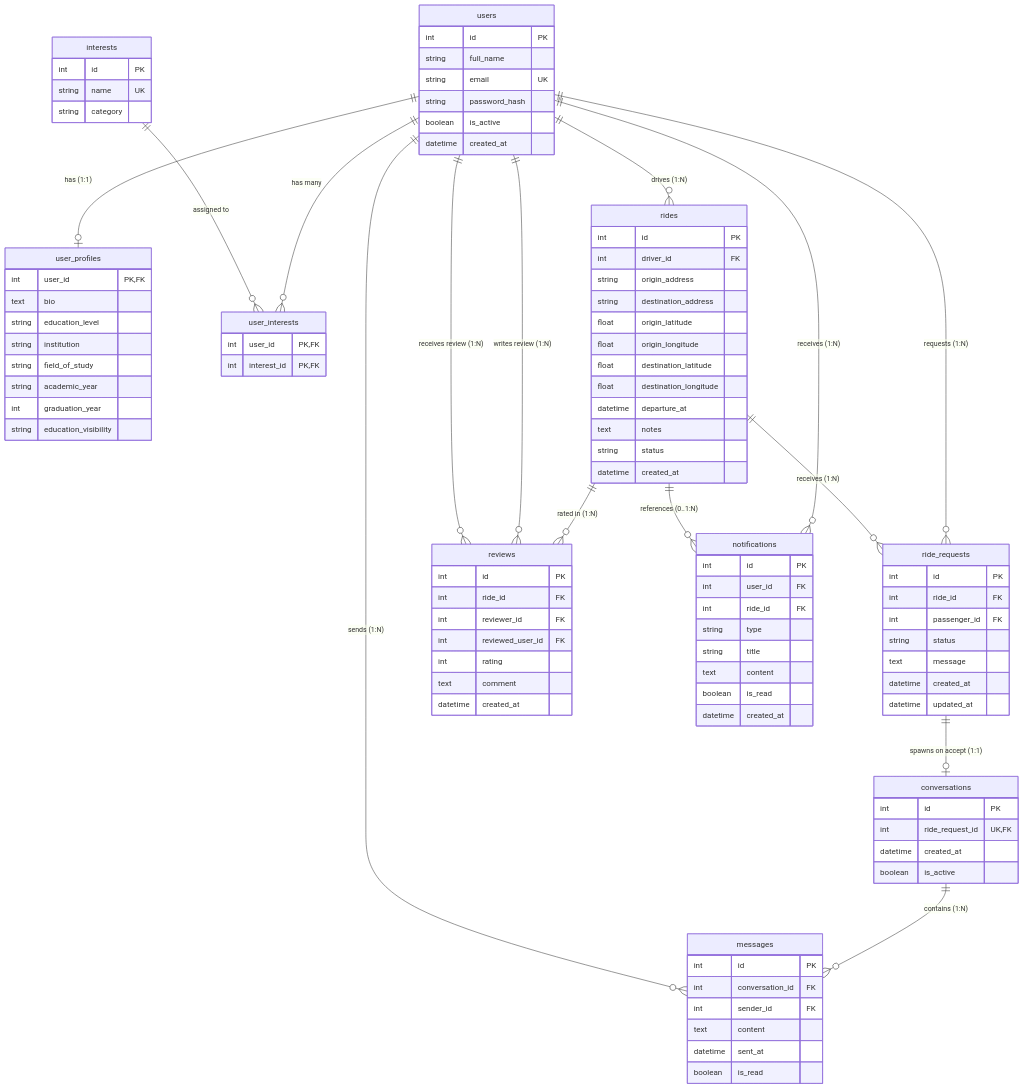
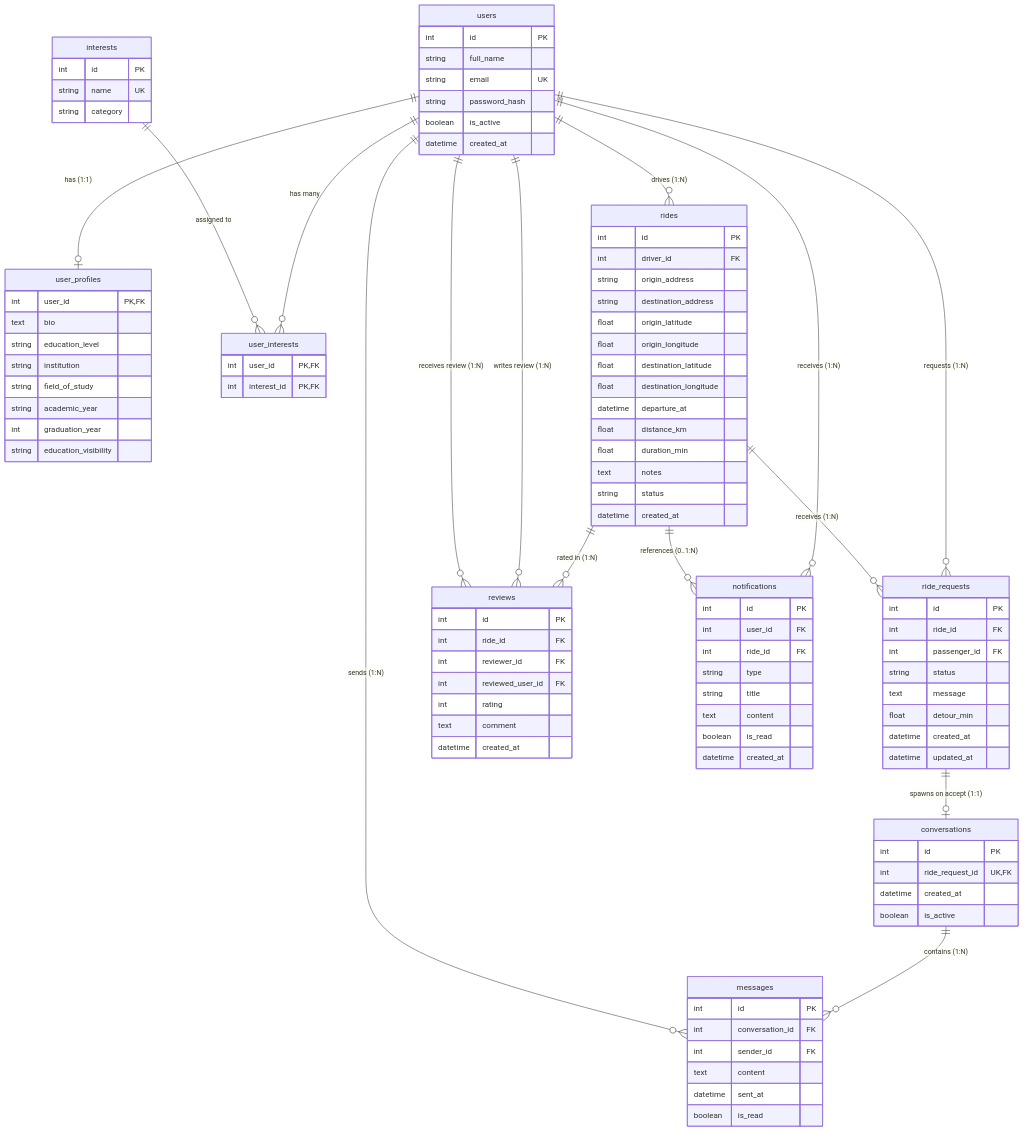
The diagram in docs/database-schema.md (elnoon2/wnesny), drawn with Mermaid before and after one commit. The commit also changed other lines of this file and 29 other files, not shown here.

```diff
--- a/docs/database-schema.md
+++ b/docs/database-schema.md
@@ -74,6 +74,8 @@
         float destination_latitude
         float destination_longitude
         datetime departure_at
+        float distance_km
+        float duration_min
         text notes
         string status
         datetime created_at
@@ -85,6 +87,7 @@
         int passenger_id FK
         string status
         text message
+        float detour_min
         datetime created_at
         datetime updated_at
     }
```
